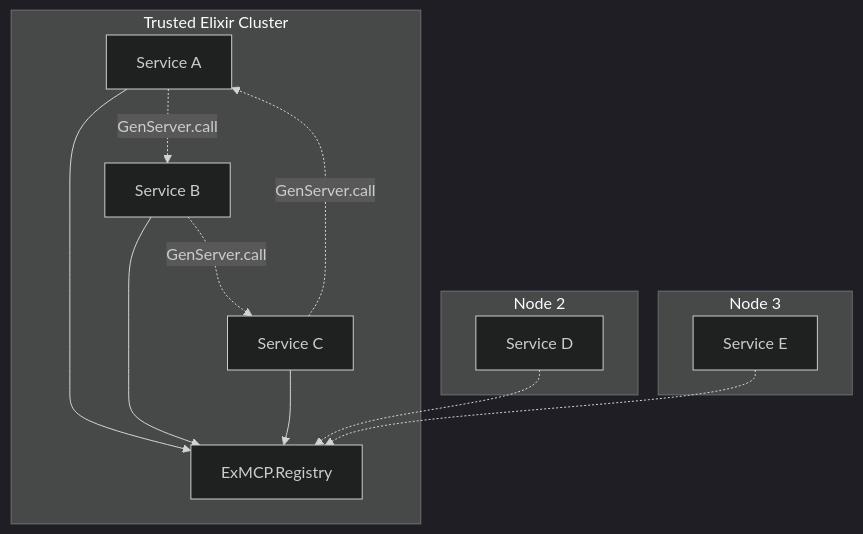
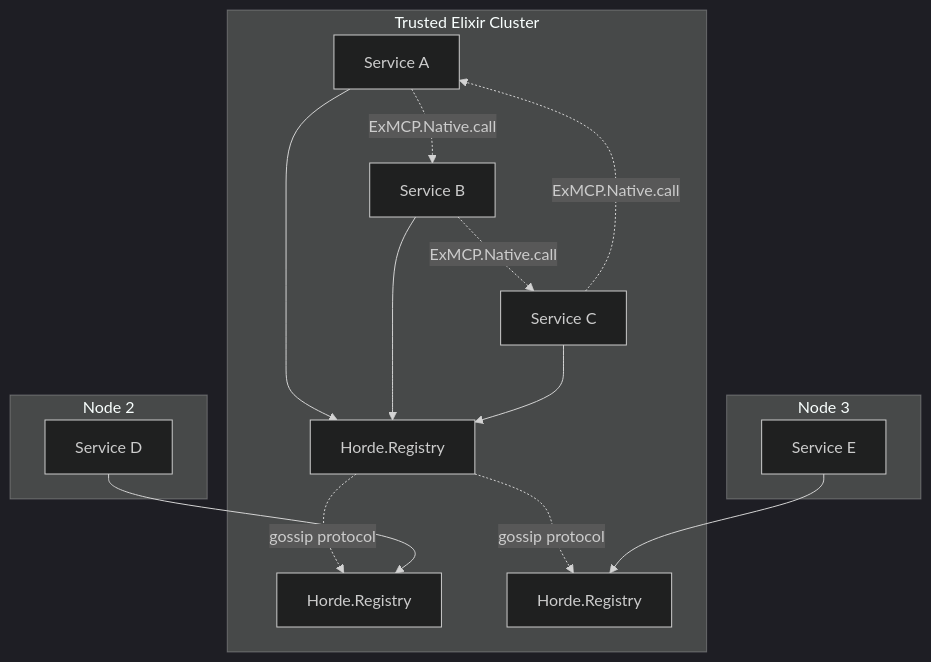
Before and after one commit to azmaveth/ex_mcp: the first of 3 diagrams in docs/TRANSPORT_ARCHITECTURE.md, drawn with Mermaid (dark theme). The commit also changed other lines of this file and 67 other files, not shown here.

````diff
--- a/docs/TRANSPORT_ARCHITECTURE.md
+++ b/docs/TRANSPORT_ARCHITECTURE.md
@@ -43,20 +45,23 @@
 ```mermaid
 graph TB
     subgraph "Trusted Elixir Cluster"
-        A[Service A] --> R[ExMCP.Registry]
-        B[Service B] --> R
-        C[Service C] --> R
+        A[Service A] --> HR[Horde.Registry]
+        B[Service B] --> HR
+        C[Service C] --> HR
         
-        A -.->|GenServer.call| B
-        B -.->|GenServer.call| C
-        C -.->|GenServer.call| A
+        A -.->|ExMCP.Native.call| B
+        B -.->|ExMCP.Native.call| C
+        C -.->|ExMCP.Native.call| A
+        
+        HR -.->|gossip protocol| HR2
+        HR -.->|gossip protocol| HR3
     end
     
     subgraph "Node 2"
-        D[Service D] -.-> R
+        D[Service D] --> HR2[Horde.Registry]
     end
     
     subgraph "Node 3" 
-        E[Service E] -.-> R
+        E[Service E] --> HR3[Horde.Registry]
     end
 ```
````
